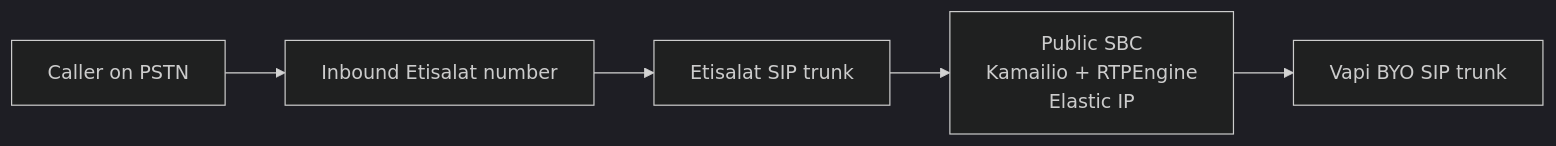
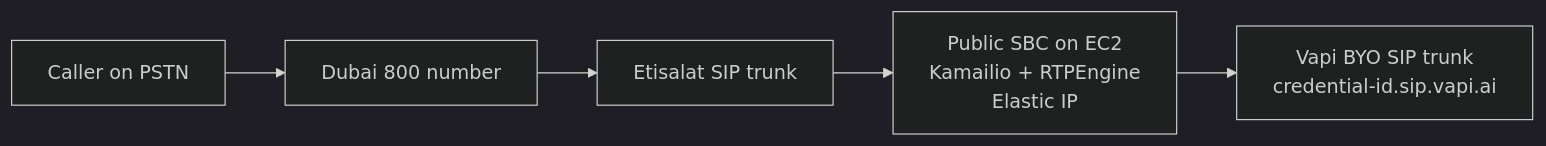
The first of 2 diagrams in docs/etisalat-vapi-sbc-solution-design.md (mohdrajab81/kamailio-rtpengine-sbc), drawn with Mermaid (dark theme) before and after one commit. The commit also changed other lines of this file and 137 other files, not shown here.

````diff
--- a/docs/etisalat-vapi-sbc-solution-design.md
+++ b/docs/etisalat-vapi-sbc-solution-design.md
@@ -655,7 +48,7 @@
 ```mermaid
 flowchart LR
-    Caller[Caller on PSTN] --> DNIS[Inbound Etisalat number]
+    Caller[Caller on PSTN] --> DNIS[Dubai 800 number]
     DNIS --> Carrier[Etisalat SIP trunk]
-    Carrier --> SBC[Public SBC\nKamailio + RTPEngine\nElastic IP]
-    SBC --> Vapi[Vapi BYO SIP trunk]
+    Carrier --> SBC["Public SBC on EC2<br>Kamailio + RTPEngine<br>Elastic IP"]
+    SBC --> Vapi["Vapi BYO SIP trunk<br>credential-id.sip.vapi.ai"]
 ```
````
